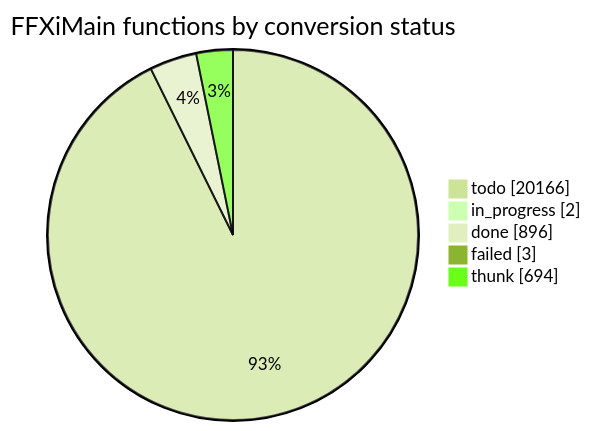
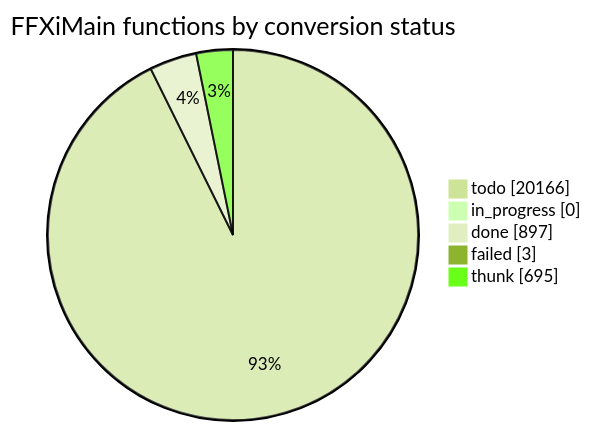
The diagram in docs/cow/STATUS.md (cowrevenge/cow_kuluu_xi_anything), drawn with Mermaid (forest theme) before and after one commit. The commit also changed other lines of this file and 9 other files, not shown here.

````diff
--- a/docs/cow/STATUS.md
+++ b/docs/cow/STATUS.md
@@ -18,9 +18,9 @@
 ```mermaid
 pie showData
     title FFXiMain functions by conversion status
     "todo" : 20166
-    "in_progress" : 2
-    "done" : 896
+    "in_progress" : 0
+    "done" : 897
     "failed" : 3
-    "thunk" : 694
+    "thunk" : 695
 ```
````
